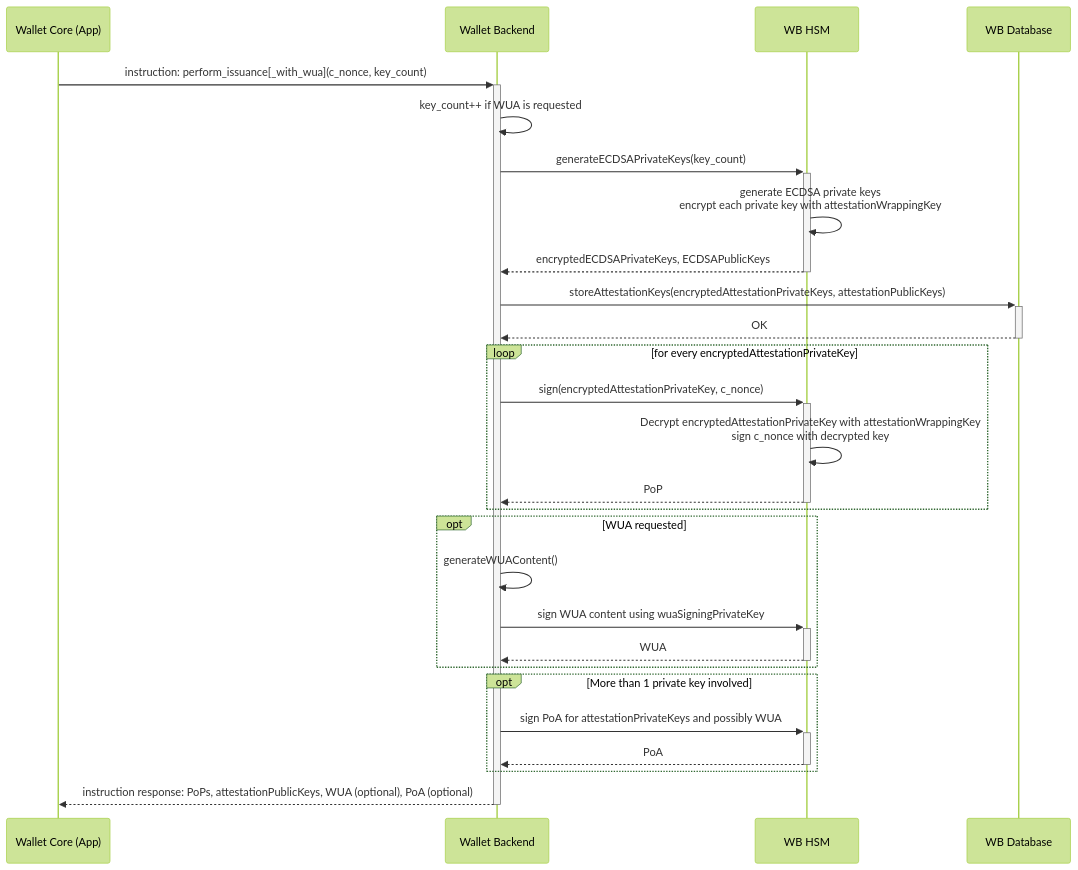
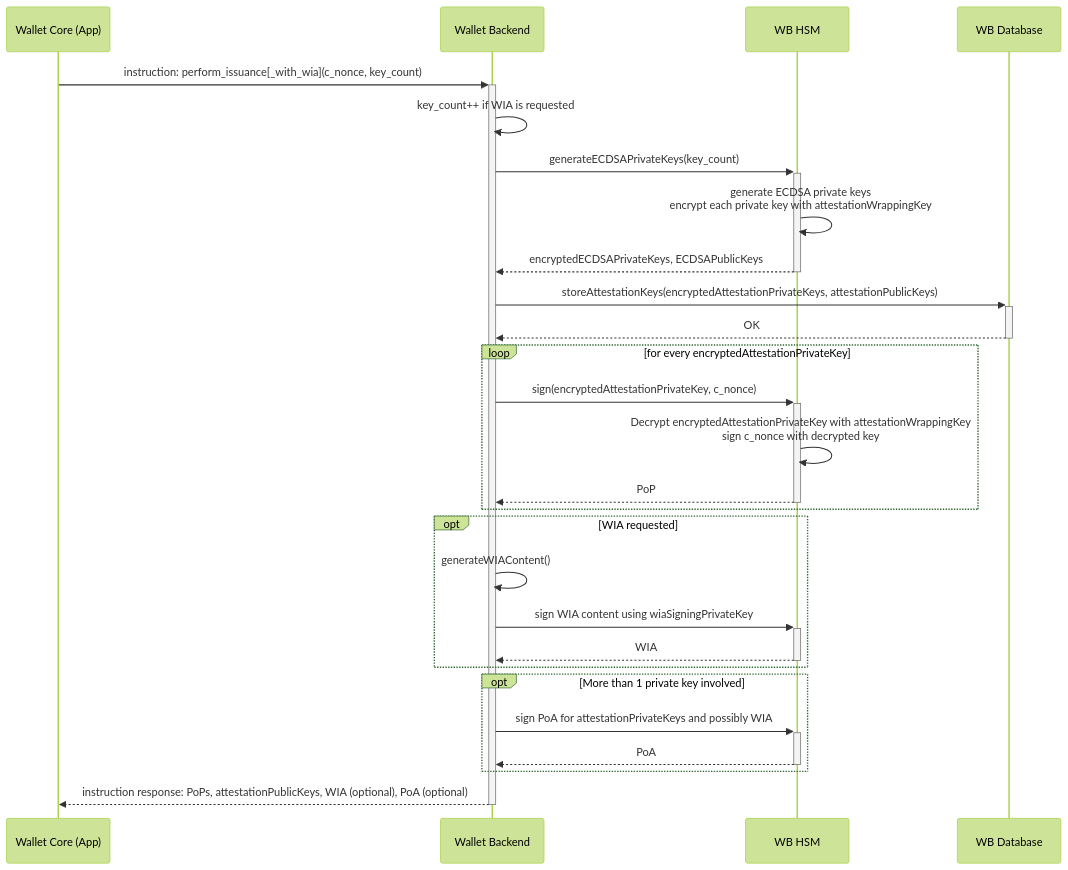
One commit to MinBZK/nl-wallet changed the second of 2 diagrams in wallet_docs/architecture/use-cases/issuance-with-openid4vci.md. Above: the diagram before and after it, drawn with Mermaid (forest theme). The commit also changed other lines of this file and 52 other files, not shown here.

First line of the commit message:
Rename WUA to WIA in source code and documentation

````diff
--- a/wallet_docs/architecture/use-cases/issuance-with-openid4vci.md
+++ b/wallet_docs/architecture/use-cases/issuance-with-openid4vci.md
@@ -136,31 +136,31 @@
 ```{mermaid}
 sequenceDiagram
     %% Force ordering by explicitly setting up participants
     participant wallet as Wallet Core (App)
     participant wallet_provider as Wallet Backend
     participant hsm as WB HSM
     participant db as WB Database
 
-    wallet->>+wallet_provider: instruction: perform_issuance[_with_wua](c_nonce, key_count)
-    wallet_provider->>wallet_provider: key_count++ if WUA is requested
+    wallet->>+wallet_provider: instruction: perform_issuance[_with_wia](c_nonce, key_count)
+    wallet_provider->>wallet_provider: key_count++ if WIA is requested
     wallet_provider ->>+ hsm: generateECDSAPrivateKeys(key_count)
     hsm ->> hsm: generate ECDSA private keys<br/>encrypt each private key with attestationWrappingKey
     hsm -->>- wallet_provider: encryptedECDSAPrivateKeys, ECDSAPublicKeys
     wallet_provider ->>+ db : storeAttestationKeys(encryptedAttestationPrivateKeys, attestationPublicKeys)
     db -->>- wallet_provider: OK
     loop for every encryptedAttestationPrivateKey
         wallet_provider ->>+ hsm: sign(encryptedAttestationPrivateKey, c_nonce)
         hsm ->> hsm: Decrypt encryptedAttestationPrivateKey with attestationWrappingKey<br/>sign c_nonce with decrypted key
         hsm -->>- wallet_provider: PoP
     end
-    opt WUA requested
-        wallet_provider ->> wallet_provider: generateWUAContent()
-        wallet_provider ->>+ hsm: sign WUA content using wuaSigningPrivateKey 
-        hsm -->>- wallet_provider: WUA
+    opt WIA requested
+        wallet_provider ->> wallet_provider: generateWIAContent()
+        wallet_provider ->>+ hsm: sign WIA content using wiaSigningPrivateKey 
+        hsm -->>- wallet_provider: WIA
     end
     opt More than 1 private key involved
-        wallet_provider ->>+ hsm: sign PoA for attestationPrivateKeys and possibly WUA
+        wallet_provider ->>+ hsm: sign PoA for attestationPrivateKeys and possibly WIA
         hsm -->>- wallet_provider: PoA
     end
-    wallet_provider-->>-wallet: instruction response: PoPs, attestationPublicKeys, WUA (optional), PoA (optional)
+    wallet_provider-->>-wallet: instruction response: PoPs, attestationPublicKeys, WIA (optional), PoA (optional)
 ```
````
